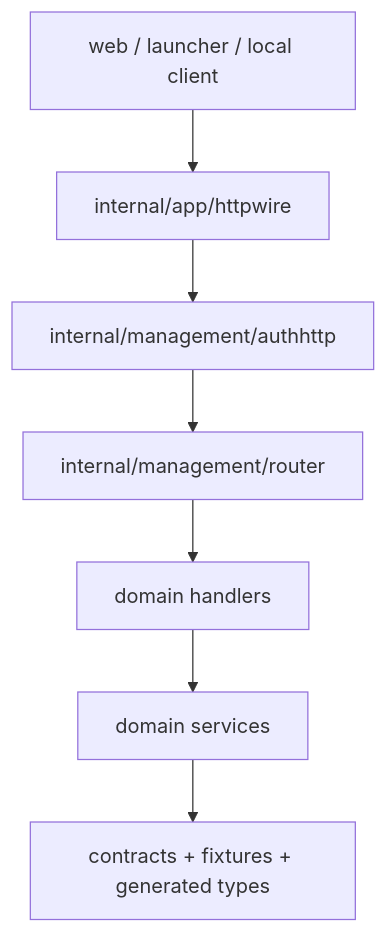
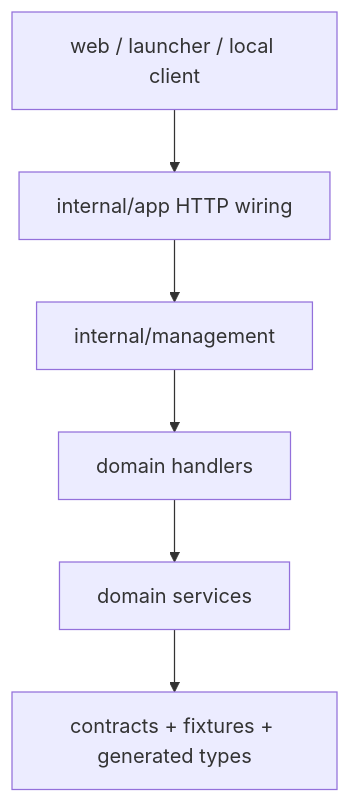
The diagram in docs/architecture/management-api.md (RayleaBot/RayleaBot), drawn with Mermaid before and after one commit. The commit also changed other lines of this file and 6 other files, not shown here.

````diff
--- a/docs/architecture/management-api.md
+++ b/docs/architecture/management-api.md
@@ -7,9 +7,8 @@
 ```mermaid
 flowchart TD
-  web["web / launcher / local client"] --> http["internal/app/httpwire"]
-  http --> auth["internal/management/authhttp"]
-  auth --> router["internal/management/router"]
-  router --> handlers["domain handlers"]
+  web["web / launcher / local client"] --> http["internal/app HTTP wiring"]
+  http --> management["internal/management"]
+  management --> handlers["domain handlers"]
   handlers --> services["domain services"]
   services --> contracts["contracts + fixtures + generated types"]
 ```
````
